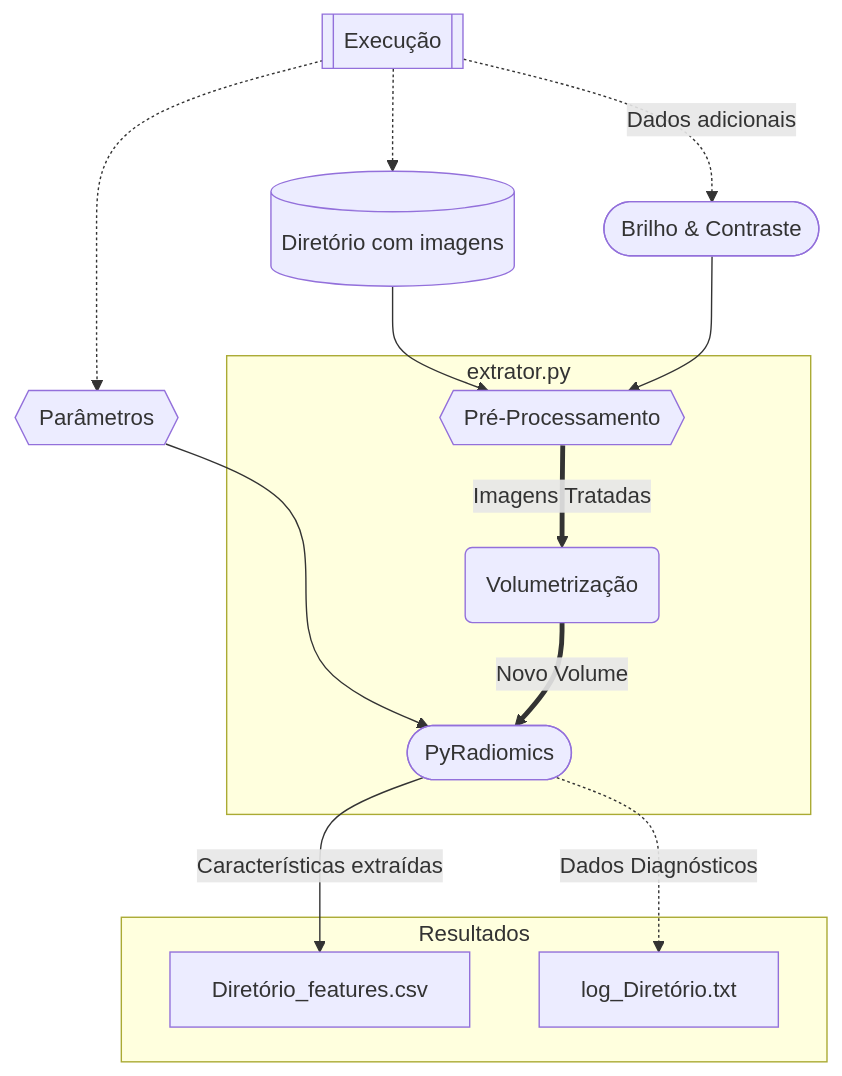
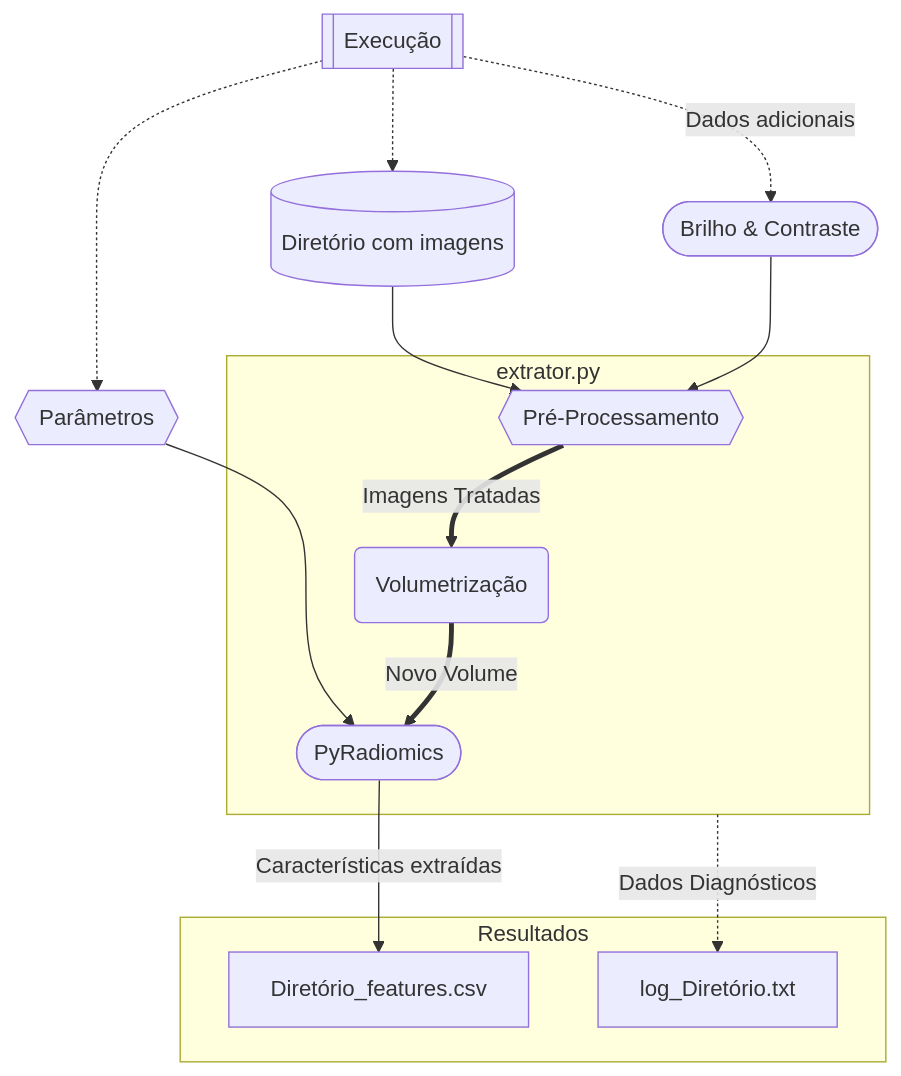
One commit to OctavioFurio/PyRadiomicsExtraction changed the diagram in README.md. Above: the diagram before and after it, drawn with Mermaid.

Commit message:
v3.0
Flowchart atualizada

````diff
--- a/README.md
+++ b/README.md
@@ -19,23 +19,25 @@
 ```mermaid
 %%{ init: { 'flowchart': { 'curve': 'bump' } } }%%
 flowchart TB
 
     inputs[[Execução]]
 
     inputs -.-> dir[(Diretório com imagens)]
     inputs .-> add{{Parâmetros}}
     inputs -. Dados adicionais .-> br([Brilho & Contraste])   
     dir --> pp{{Pré-Processamento}}
     add ---> pr([PyRadiomics])
     br --> pp
 
     subgraph extrator.py
         pp == Imagens Tratadas ==> dim(Volumetrização)
         dim == Novo Volume ==> pr    
     end
     
     subgraph Resultados
     pr -- Características extraídas --> Diretório_features.csv
-    pr -. Dados Diagnósticos .-> log_Diretório.txt
+    log_Diretório.txt
     end
+    
+    extrator.py -. Dados Diagnósticos .-> log_Diretório.txt
 ```
````
